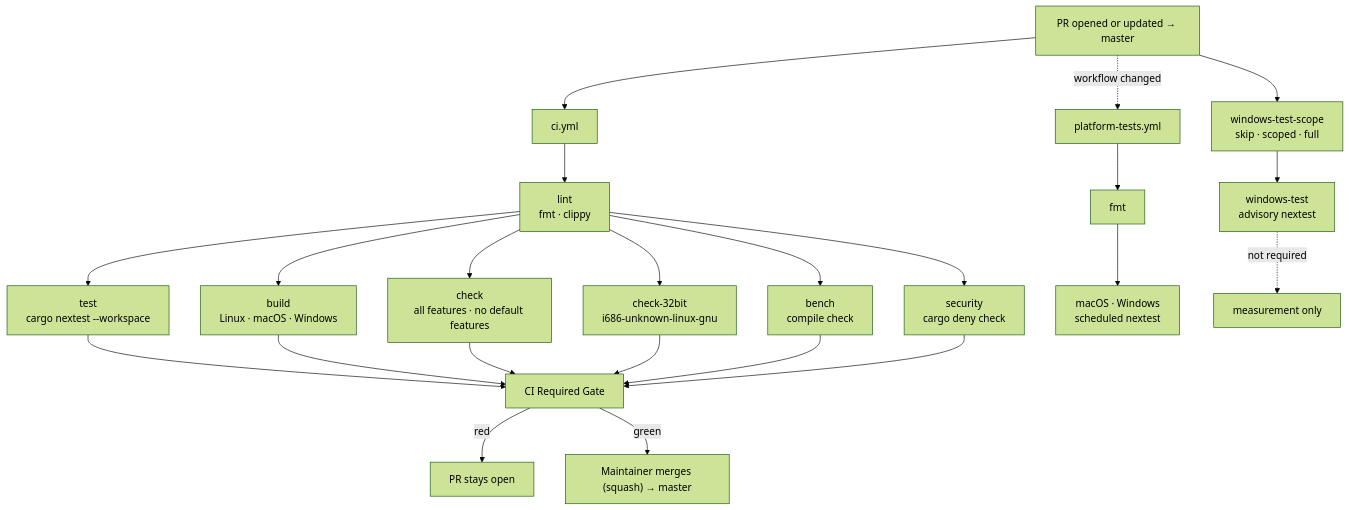
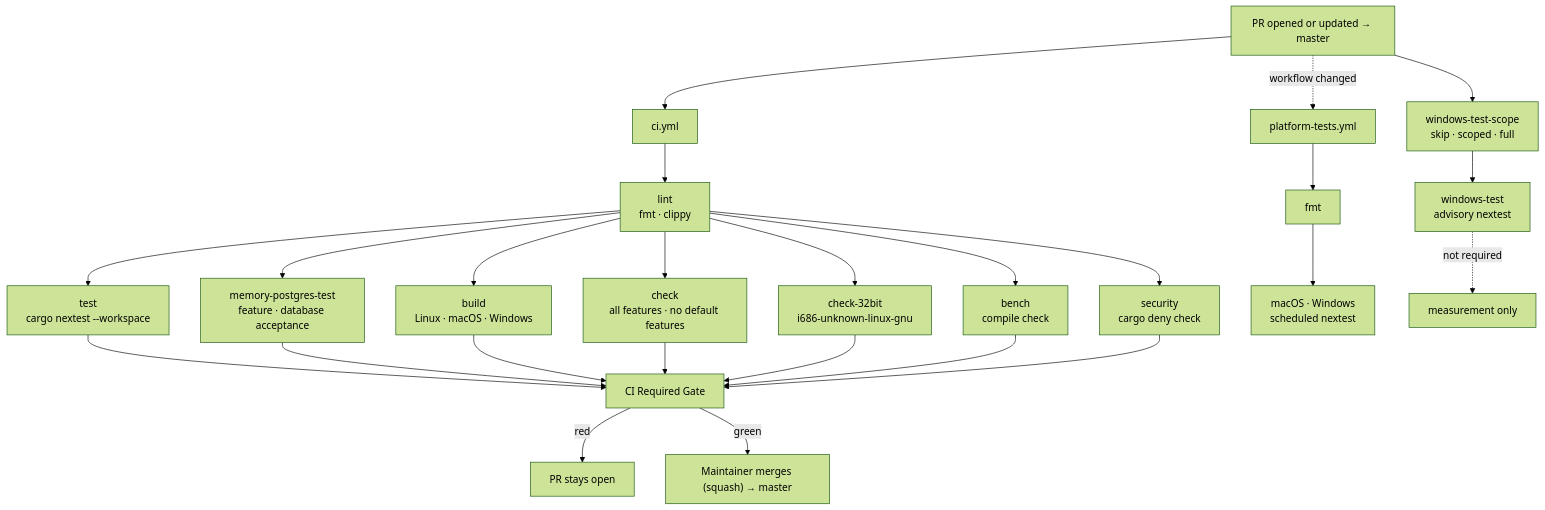
The first of 2 diagrams in .github/workflows/master-branch-flow.md (Audacity88/zeroclaw), drawn with Mermaid (forest theme) before and after one commit. The commit also changed other lines of this file and 3 other files, not shown here.

````diff
--- a/.github/workflows/master-branch-flow.md
+++ b/.github/workflows/master-branch-flow.md
@@ -136,20 +137,21 @@
 ```mermaid
 flowchart TD
   A["PR opened or updated → master"] --> B["ci.yml"]
   A -. "workflow changed" .-> P["platform-tests.yml"]
   A --> W["windows-test-scope\nskip · scoped · full"]
   W --> WT["windows-test\nadvisory nextest"]
   B --> L["lint\nfmt · clippy"]
   L --> T["test\ncargo nextest --workspace"]
+  L --> PG["memory-postgres-test\nfeature · database acceptance"]
   P --> PF["fmt"]
   PF --> PT["macOS · Windows\nscheduled nextest"]
   L --> BLD["build\nLinux · macOS · Windows"]
   L --> CHK["check\nall features · no default features"]
   L --> C32["check-32bit\ni686-unknown-linux-gnu"]
   L --> BCH["bench\ncompile check"]
   L --> SEC["security\ncargo deny check"]
-  T & BLD & CHK & C32 & BCH & SEC --> G["CI Required Gate"]
+  T & PG & BLD & CHK & C32 & BCH & SEC --> G["CI Required Gate"]
   WT -. "not required" .-> N["measurement only"]
   G -->|red| D["PR stays open"]
   G -->|green| R["Maintainer merges (squash) → master"]
 ```
````
